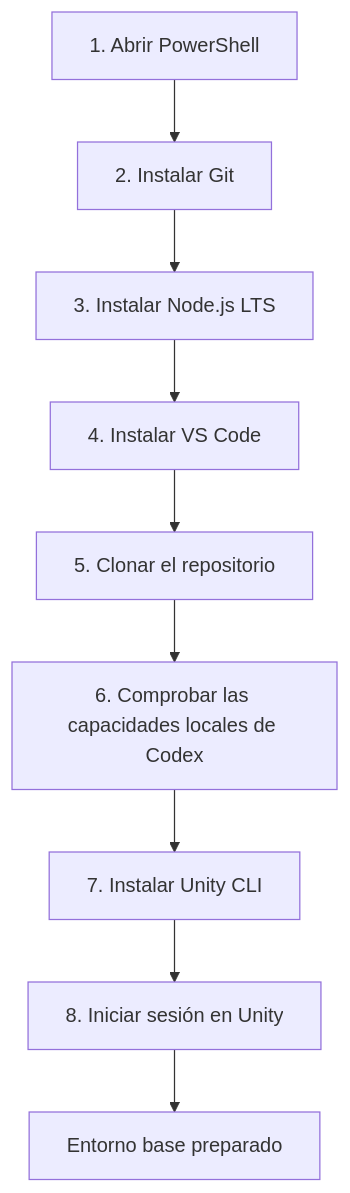
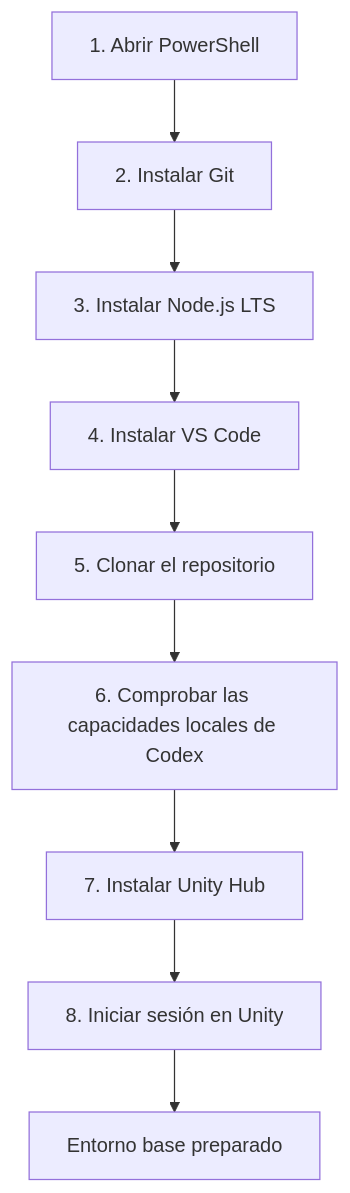
Before and after one commit to jcarrenogallego/learning-unity: the first of 3 diagrams in README.md, drawn with Mermaid. The commit also changed other lines of this file, not shown here.

Commit message:
docs(setup): use Unity Hub as standard installation

````diff
--- a/README.md
+++ b/README.md
@@ -21,11 +21,11 @@
 ```mermaid
 flowchart TD
     A[1. Abrir PowerShell] --> B[2. Instalar Git]
     B --> C[3. Instalar Node.js LTS]
     C --> D[4. Instalar VS Code]
     D --> E[5. Clonar el repositorio]
     E --> F[6. Comprobar las capacidades locales de Codex]
-    F --> G[7. Instalar Unity CLI]
+    F --> G[7. Instalar Unity Hub]
     G --> H[8. Iniciar sesión en Unity]
     H --> I[Entorno base preparado]
 ```
````
